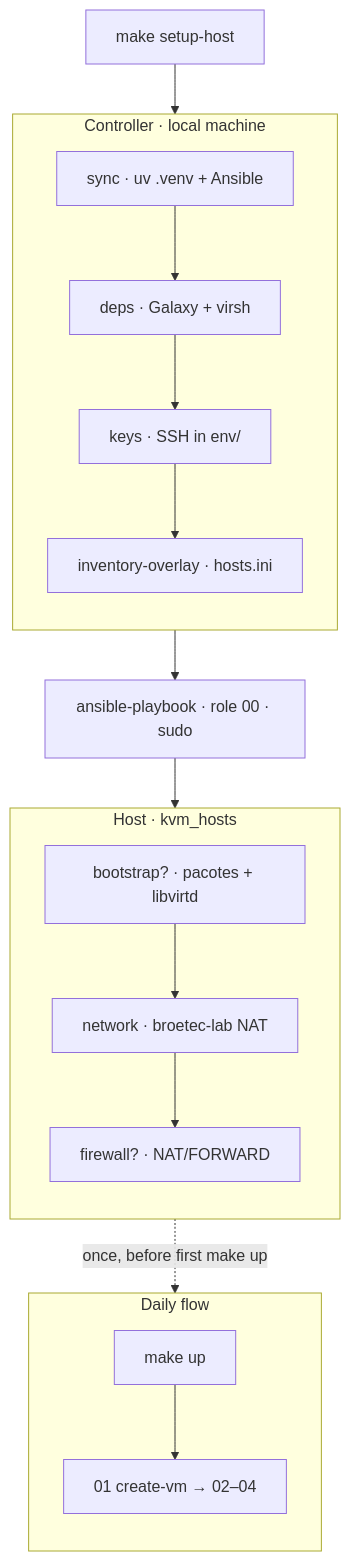
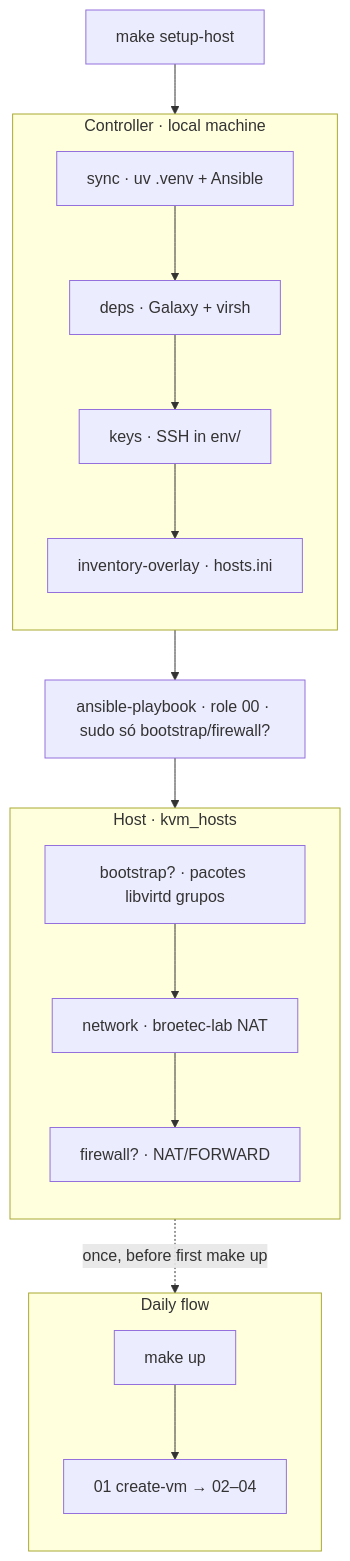
One commit to broetec/k8s-blueprint changed the diagram in provisioning/roles/00_install_kvm/README.md. Above: the diagram before and after it, drawn with Mermaid. The commit also changed other lines of this file and 13 other files, not shown here.

````diff
--- a/provisioning/roles/00_install_kvm/README.md
+++ b/provisioning/roles/00_install_kvm/README.md
@@ -15,34 +15,34 @@
 ```mermaid
 flowchart TB
   sh["make setup-host"]
 
   subgraph ctrl ["Controller · local machine"]
     direction TB
     sync["sync · uv .venv + Ansible"]
     deps["deps · Galaxy + virsh"]
     keys["keys · SSH in env/"]
     inv["inventory-overlay · hosts.ini"]
     sync --> deps --> keys --> inv
   end
 
-  pb["ansible-playbook · role 00 · sudo"]
+  pb["ansible-playbook · role 00 · sudo só bootstrap/firewall?"]
 
   subgraph host ["Host · kvm_hosts"]
     direction TB
-    boot["bootstrap? · pacotes + libvirtd"]
+    boot["bootstrap? · pacotes libvirtd grupos"]
     net["network · broetec-lab NAT"]
     fw["firewall? · NAT/FORWARD"]
     boot --> net --> fw
   end
 
   subgraph daily ["Daily flow"]
     direction TB
     up["make up"]
     steps["01 create-vm → 02–04"]
     up --> steps
   end
 
   sh --> sync
   inv --> pb --> boot
   fw -.->|"once, before first make up"| up
 ```
````
